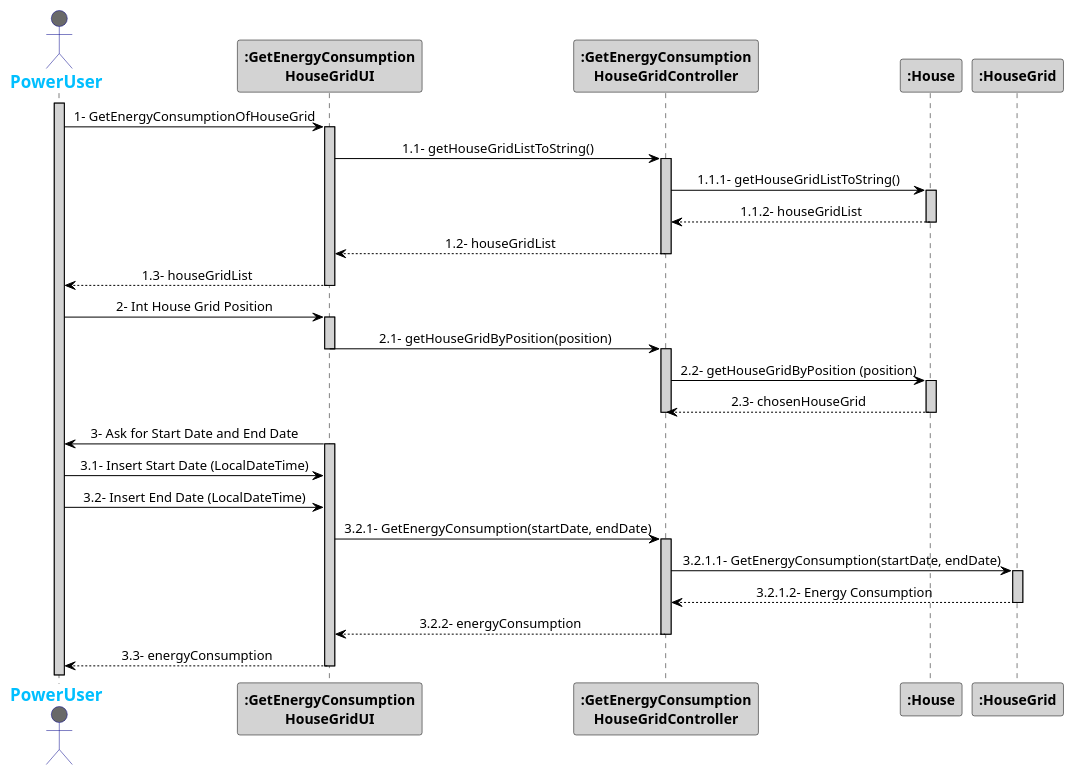
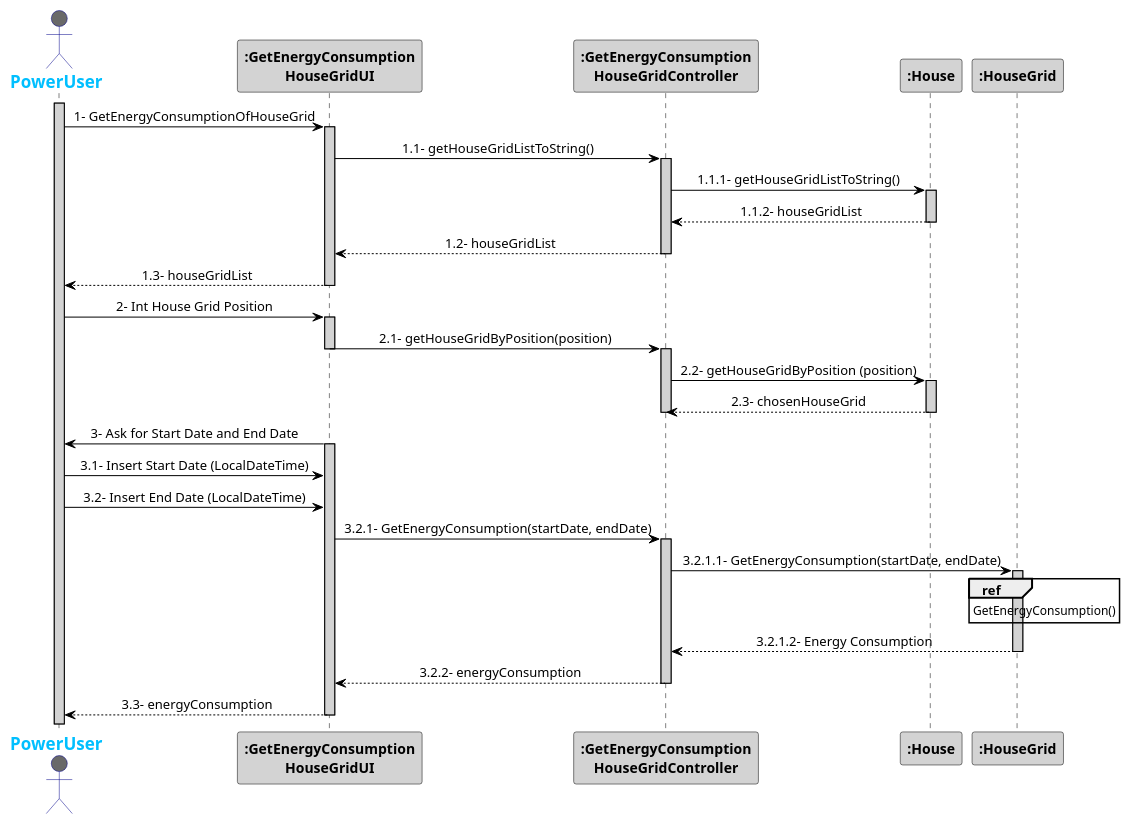
Before and after one commit to 1181687/hateoasToy: the diagram in src/Docs/Sprint3/GetEnergyConsumptionHouseGridInterval.puml, drawn with PlantUML.

Commit message:
Change GetEnergyConsumptionHouseGridInterval

```diff
--- a/src/Docs/Sprint3/GetEnergyConsumptionHouseGridInterval.puml
+++ b/src/Docs/Sprint3/GetEnergyConsumptionHouseGridInterval.puml
@@ -1,60 +1,61 @@
 @startuml
 skinparam sequenceMessageAlign center
 skinparam sequence {
 	ArrowColor Black
 	ActorBorderColor DarkBlue
 	LifeLineBorderColor black
 	LifeLineBackgroundColor LightGrey
 
 	ParticipantBorderColor Black
 	ParticipantBackgroundColor LightGrey
 	ParticipantFontStyle Bold
 
 	ActorBackgroundColor DimGrey
 	ActorFontColor DeepSkyBlue
 	ActorFontStyle Bold
 	ActorFontSize 17
 	ActorFontName Aapex
 }
 
 actor PowerUser
 activate PowerUser
 PowerUser -> ":GetEnergyConsumption\nHouseGridUI": 1- GetEnergyConsumptionOfHouseGrid
 activate ":GetEnergyConsumption\nHouseGridUI"
 ":GetEnergyConsumption\nHouseGridUI" -> ":GetEnergyConsumption\nHouseGridController": 1.1- getHouseGridListToString()
 activate ":GetEnergyConsumption\nHouseGridController"
 ":GetEnergyConsumption\nHouseGridController" -> ":House": 1.1.1- getHouseGridListToString()
 activate ":House"
 ":GetEnergyConsumption\nHouseGridController" <-- ":House": 1.1.2- houseGridList
 deactivate ":House"
 ":GetEnergyConsumption\nHouseGridUI" <-- ":GetEnergyConsumption\nHouseGridController": 1.2- houseGridList
 deactivate ":GetEnergyConsumption\nHouseGridController"
 PowerUser <-- ":GetEnergyConsumption\nHouseGridUI": 1.3- houseGridList
 deactivate ":GetEnergyConsumption\nHouseGridUI"
 PowerUser -> ":GetEnergyConsumption\nHouseGridUI": 2- Int House Grid Position
 activate ":GetEnergyConsumption\nHouseGridUI"
 ":GetEnergyConsumption\nHouseGridUI" -> ":GetEnergyConsumption\nHouseGridController": 2.1- getHouseGridByPosition(position)
 deactivate ":GetEnergyConsumption\nHouseGridUI"
 activate ":GetEnergyConsumption\nHouseGridController"
 ":GetEnergyConsumption\nHouseGridController" -> ":House": 2.2- getHouseGridByPosition (position)
 activate ":House"
 ":GetEnergyConsumption\nHouseGridController" <-- ":House": 2.3- chosenHouseGrid
 deactivate ":GetEnergyConsumption\nHouseGridController"
 deactivate ":House"
 PowerUser <- ":GetEnergyConsumption\nHouseGridUI": 3- Ask for Start Date and End Date
 activate ":GetEnergyConsumption\nHouseGridUI"
 
 PowerUser -> ":GetEnergyConsumption\nHouseGridUI": 3.1- Insert Start Date (LocalDateTime)
 PowerUser -> ":GetEnergyConsumption\nHouseGridUI": 3.2- Insert End Date (LocalDateTime)
 ":GetEnergyConsumption\nHouseGridUI" -> ":GetEnergyConsumption\nHouseGridController": 3.2.1- GetEnergyConsumption(startDate, endDate)
 activate ":GetEnergyConsumption\nHouseGridController"
 ":GetEnergyConsumption\nHouseGridController" -> ":HouseGrid": 3.2.1.1- GetEnergyConsumption(startDate, endDate)
 activate ":HouseGrid"
+ref over ":HouseGrid" : GetEnergyConsumption()
 ":GetEnergyConsumption\nHouseGridController" <-- ":HouseGrid": 3.2.1.2- Energy Consumption
 deactivate ":HouseGrid"
 ":GetEnergyConsumption\nHouseGridUI" <-- ":GetEnergyConsumption\nHouseGridController": 3.2.2- energyConsumption
 deactivate ":GetEnergyConsumption\nHouseGridController"
 PowerUser <-- ":GetEnergyConsumption\nHouseGridUI": 3.3- energyConsumption
 deactivate ":GetEnergyConsumption\nHouseGridUI"
 
 @enduml
```
